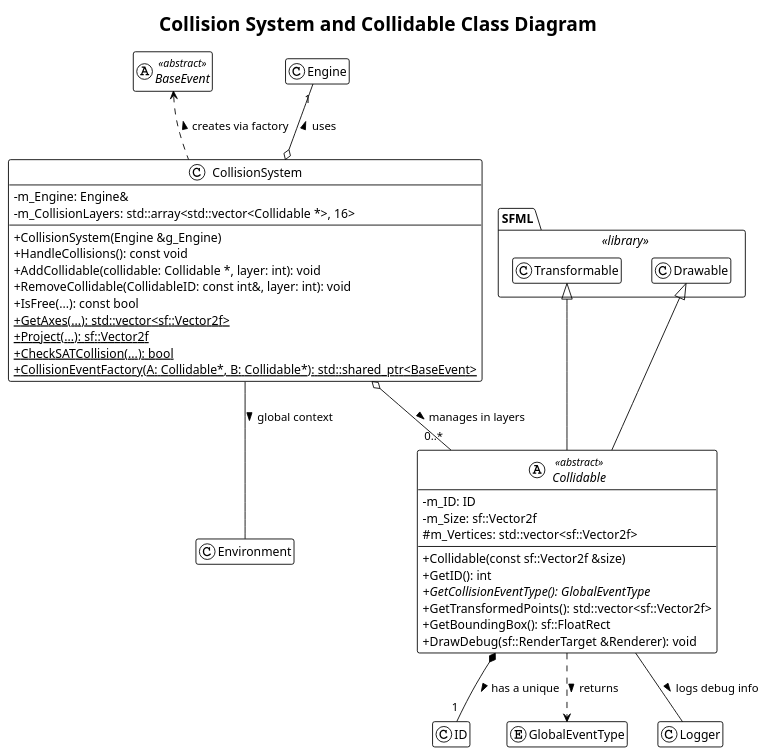
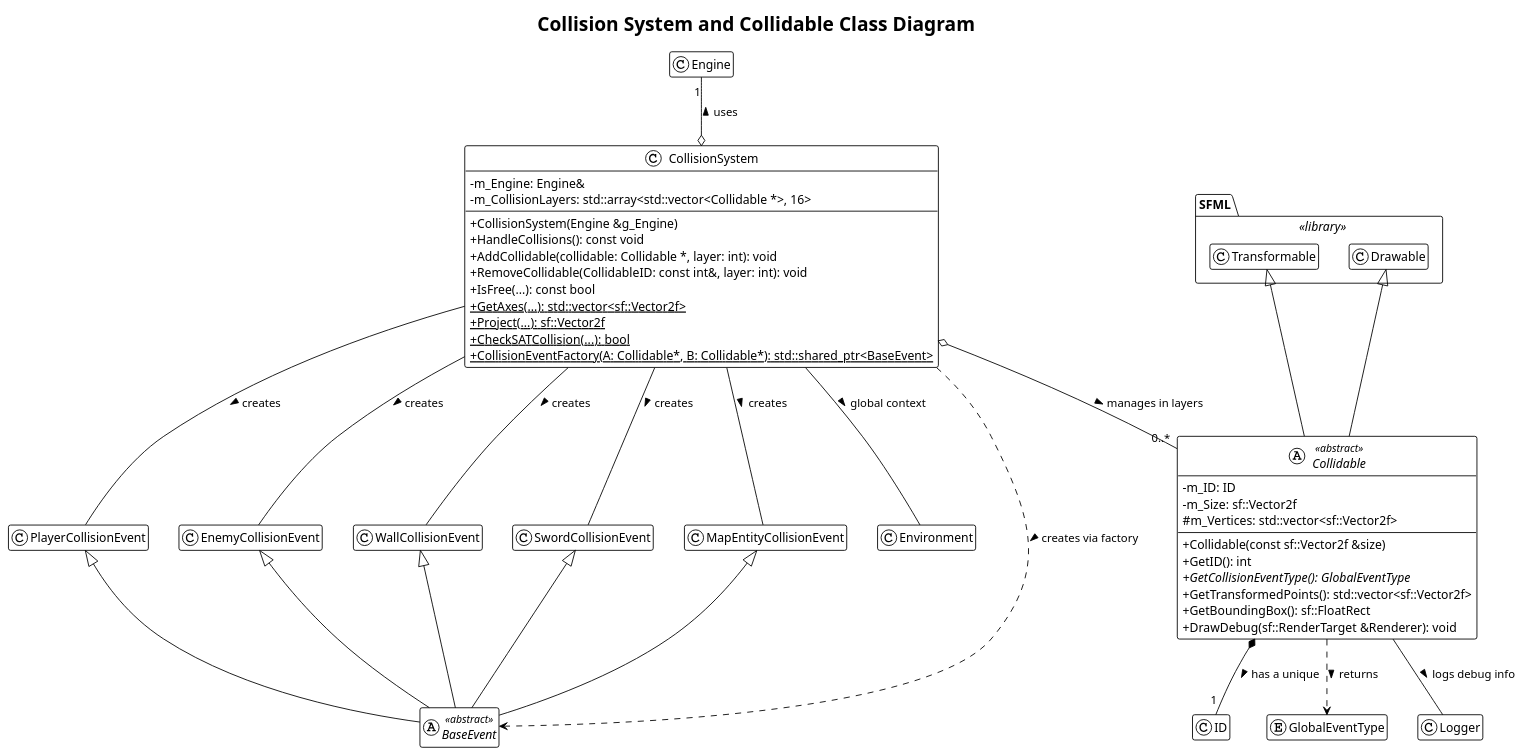
Before and after one commit to NgTHung/ClashOfNotelek_s: the diagram in uml/Graphic/Collision.puml, drawn with PlantUML. The commit also changed 21 other files, not shown here.

Commit message:
[Update] final UML

```diff
--- a/uml/Graphic/Collision.puml
+++ b/uml/Graphic/Collision.puml
@@ -1,75 +1,85 @@
 @startuml
 !theme plain
 title Collision System and Collidable Class Diagram
 
 ' Settings for better readability
 skinparam classAttributeIconSize 0
 hide empty members
 
 ' --- External Dependencies ---
 package SFML <<library>> {
     class Transformable
     class Drawable
 }
 
 class Engine
 class ID
 
 enum GlobalEventType
 abstract class BaseEvent <<abstract>>
 
 abstract class Collidable <<abstract>> {
     - m_ID: ID
     - m_Size: sf::Vector2f
     # m_Vertices: std::vector<sf::Vector2f>
     --
     + Collidable(const sf::Vector2f &size)
     + GetID(): int
     + {abstract} GetCollisionEventType(): GlobalEventType
     + GetTransformedPoints(): std::vector<sf::Vector2f>
     + GetBoundingBox(): sf::FloatRect
     + DrawDebug(sf::RenderTarget &Renderer): void
 }
 
 ' --- Collision Management System ---
 class CollisionSystem {
     - m_Engine: Engine&
     - m_CollisionLayers: std::array<std::vector<Collidable *>, 16>
     --
     + CollisionSystem(Engine &g_Engine)
     + HandleCollisions(): const void
     + AddCollidable(collidable: Collidable *, layer: int): void
     + RemoveCollidable(CollidableID: const int&, layer: int): void
     + IsFree(...): const bool
     + {static} GetAxes(...): std::vector<sf::Vector2f>
     + {static} Project(...): sf::Vector2f
     + {static} CheckSATCollision(...): bool
     + {static} CollisionEventFactory(A: Collidable*, B: Collidable*): std::shared_ptr<BaseEvent>
 }
 
 
 ' --- RELATIONSHIPS ---
 
 ' ==> Inheritance (Is-A)
 ' Collidable inherits from two SFML base classes.
 SFML.Transformable <|-- Collidable
 SFML.Drawable <|-- Collidable
+PlayerCollisionEvent <|-- BaseEvent
+EnemyCollisionEvent <|-- BaseEvent
+WallCollisionEvent <|-- BaseEvent
+SwordCollisionEvent <|-- BaseEvent
+MapEntityCollisionEvent <|-- BaseEvent
 
 ' ==> Composition (Owns-A)
 ' A Collidable has a unique ID.
 Collidable *-- "1" ID : has a unique >
 
 ' ==> Aggregation (Manages-A / Has-A)
 ' The CollisionSystem manages a collection of NON-OWNING pointers to Collidable objects.
 CollisionSystem o-- "0..*" Collidable : manages in layers >
 ' The CollisionSystem holds a NON-OWNING reference to the Engine.
 CollisionSystem o-u- "1" Engine : uses >
 
 ' ==> Dependency (Uses-A)
 ' The factory method creates a specific type of BaseEvent.
-CollisionSystem .u.> BaseEvent : creates via factory >
+CollisionSystem ..> BaseEvent : creates via factory >
 ' The Collidable interface depends on the event type enum.
 Collidable ..> GlobalEventType : returns >
 CollisionSystem -- Environment : global context >
 Collidable -- Logger : logs debug info >
+CollisionSystem -- PlayerCollisionEvent : creates >
+CollisionSystem -- EnemyCollisionEvent : creates >
+CollisionSystem -- WallCollisionEvent : creates >
+CollisionSystem -- SwordCollisionEvent : creates >
+CollisionSystem -- MapEntityCollisionEvent : creates >
 @enduml
```
